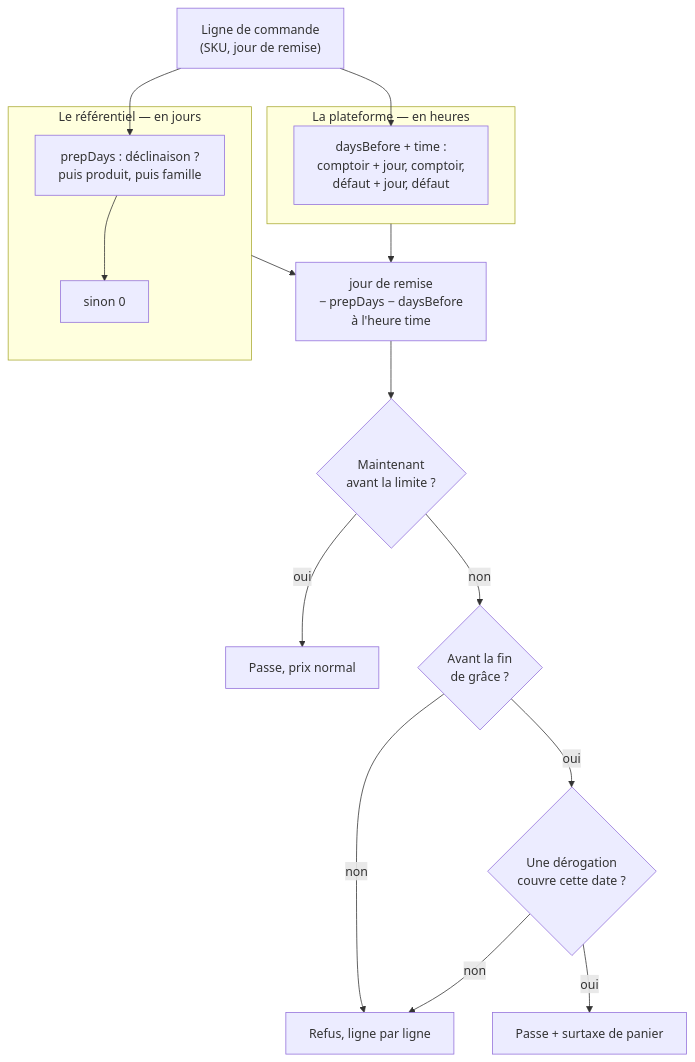
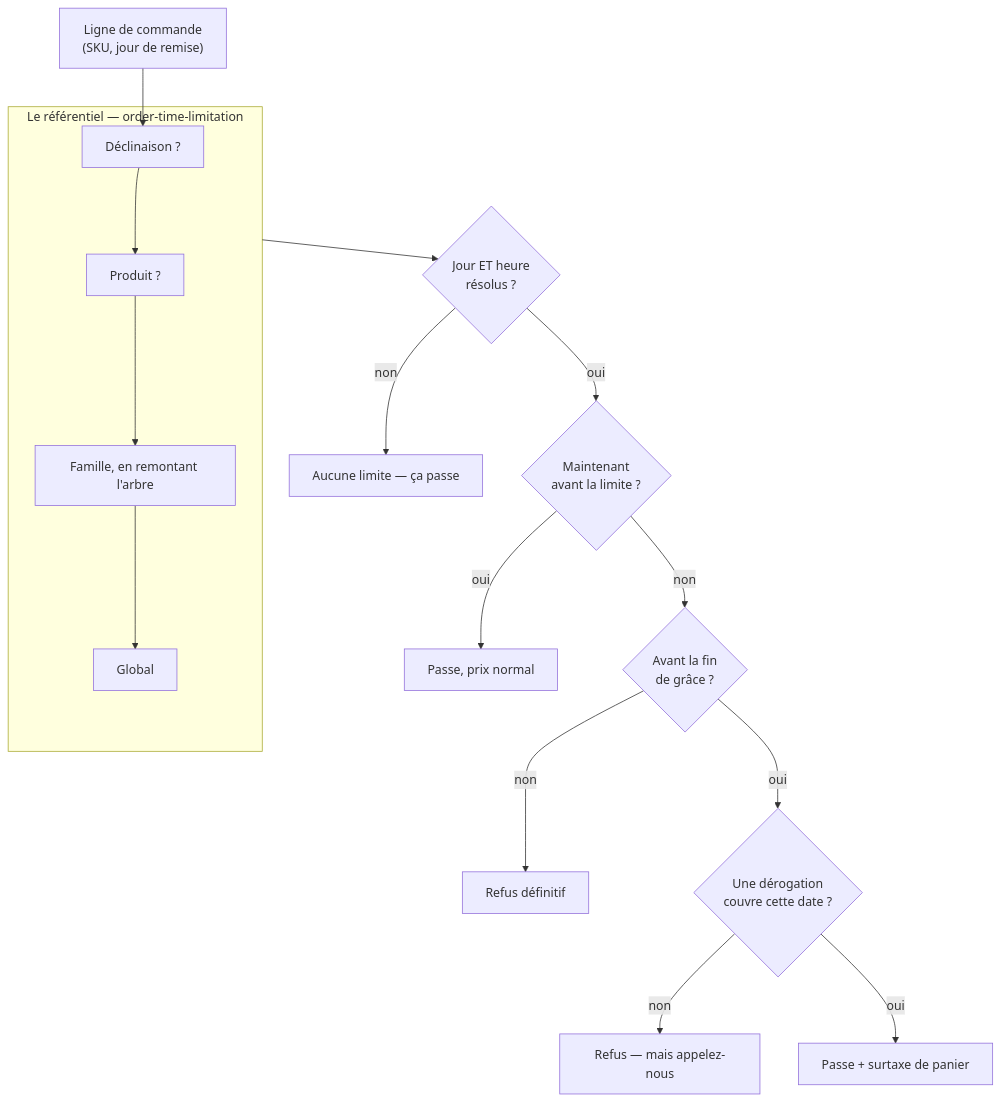
The diagram in documentation/b2b/architecture-heure-limite-de-commande.md (hugoheynard/lfd), drawn with Mermaid before and after one commit. The commit also changed other lines of this file and 24 other files, not shown here.

````diff
--- a/documentation/b2b/architecture-heure-limite-de-commande.md
+++ b/documentation/b2b/architecture-heure-limite-de-commande.md
@@ -316,23 +324,20 @@
 ```mermaid
 flowchart TD
-    L["Ligne de commande<br/>(SKU, jour de remise)"] --> A
-    L --> B
+    L["Ligne de commande<br/>(SKU, jour de remise)"] --> R
 
-    subgraph CUISINE["Le référentiel — en jours"]
-        A["prepDays : déclinaison ?<br/>puis produit, puis famille"] --> A2["sinon 0"]
+    subgraph LADDER["Le référentiel — order-time-limitation"]
+        R["Déclinaison ?"] --> P["Produit ?"]
+        P --> C["Famille, en remontant l'arbre"]
+        C --> G["Global"]
     end
 
-    subgraph EXPLOIT["La plateforme — en heures"]
-        B["daysBefore + time :<br/>comptoir + jour, comptoir,<br/>défaut + jour, défaut"]
-    end
-
-    CUISINE --> S["jour de remise<br/>− prepDays − daysBefore<br/>à l'heure time"]
-    EXPLOIT --> S
-    S --> CMP{"Maintenant<br/>avant la limite ?"}
+    LADDER --> F{"Jour ET heure<br/>résolus ?"}
+    F -->|non| OPEN["Aucune limite — ça passe"]
+    F -->|oui| CMP{"Maintenant<br/>avant la limite ?"}
     CMP -->|oui| OK["Passe, prix normal"]
-    CMP -->|non| G{"Avant la fin<br/>de grâce ?"}
-    G -->|non| KO["Refus, ligne par ligne"]
-    G -->|oui| W{"Une dérogation<br/>couvre cette date ?"}
-    W -->|non| KO
+    CMP -->|non| GR{"Avant la fin<br/>de grâce ?"}
+    GR -->|non| KO["Refus définitif"]
+    GR -->|oui| W{"Une dérogation<br/>couvre cette date ?"}
+    W -->|non| CALL["Refus — mais appelez-nous"]
     W -->|oui| TAX["Passe + surtaxe de panier"]
 ```
````
